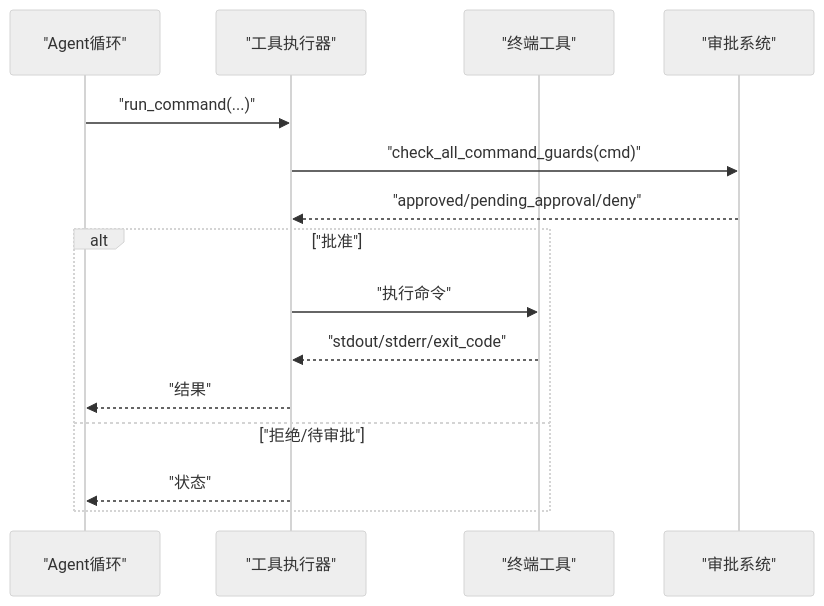
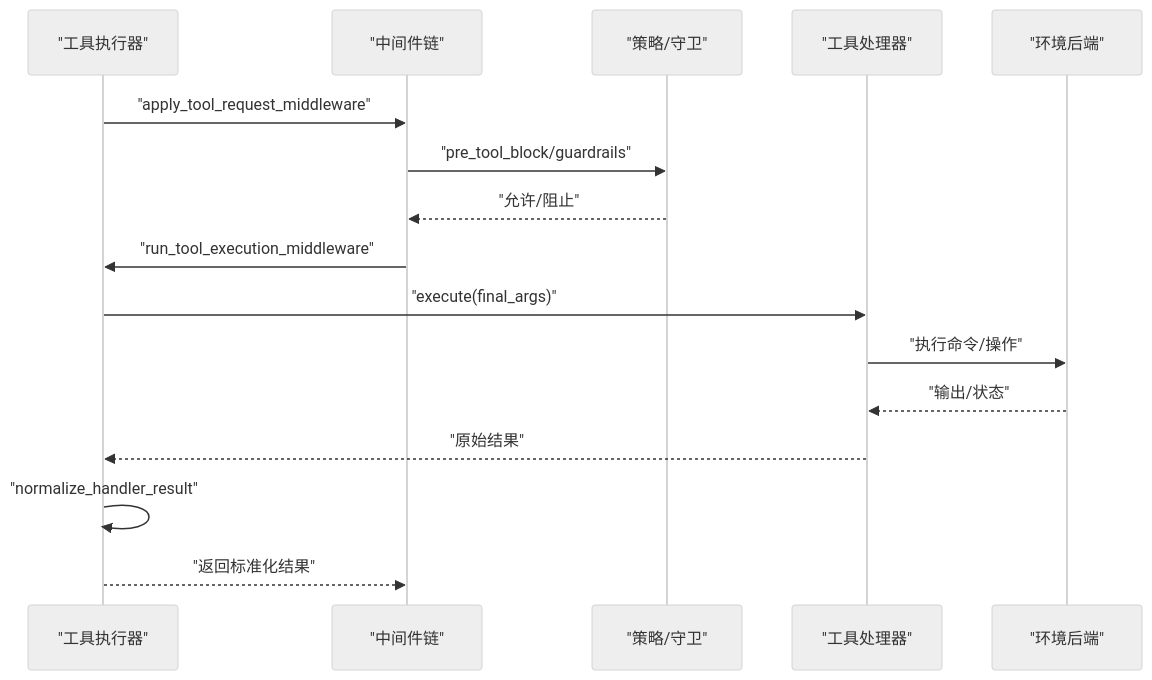
Before and after one commit to haolange/hermes-agent: the fourth of 9 diagrams in .qoder/repowiki/zh/content/工具系统/工具系统.md, drawn with Mermaid (neutral theme). The commit also changed other lines of this file and 1206 other files, not shown here.

````diff
--- a/.qoder/repowiki/zh/content/工具系统/工具系统.md
+++ b/.qoder/repowiki/zh/content/工具系统/工具系统.md
@@ -218,17 +141,18 @@
 ```mermaid
 sequenceDiagram
-participant Agent as "Agent循环"
-participant Exec as "工具执行器"
-participant Term as "终端工具"
-participant Approve as "审批系统"
-Agent->>Exec : "run_command(...)"
-Exec->>Approve : "check_all_command_guards(cmd)"
-Approve-->>Exec : "approved/pending_approval/deny"
-alt "批准"
-Exec->>Term : "执行命令"
-Term-->>Exec : "stdout/stderr/exit_code"
-Exec-->>Agent : "结果"
-else "拒绝/待审批"
-Exec-->>Agent : "状态"
-end
+participant TE as "工具执行器"
+participant MW as "中间件链"
+participant POL as "策略/守卫"
+participant T as "工具处理器"
+participant ENV as "环境后端"
+TE->>MW : "apply_tool_request_middleware"
+MW->>POL : "pre_tool_block/guardrails"
+POL-->>MW : "允许/阻止"
+MW->>TE : "run_tool_execution_middleware"
+TE->>T : "execute(final_args)"
+T->>ENV : "执行命令/操作"
+ENV-->>T : "输出/状态"
+T-->>TE : "原始结果"
+TE->>TE : "normalize_handler_result"
+TE-->>MW : "返回标准化结果"
 ```
````
